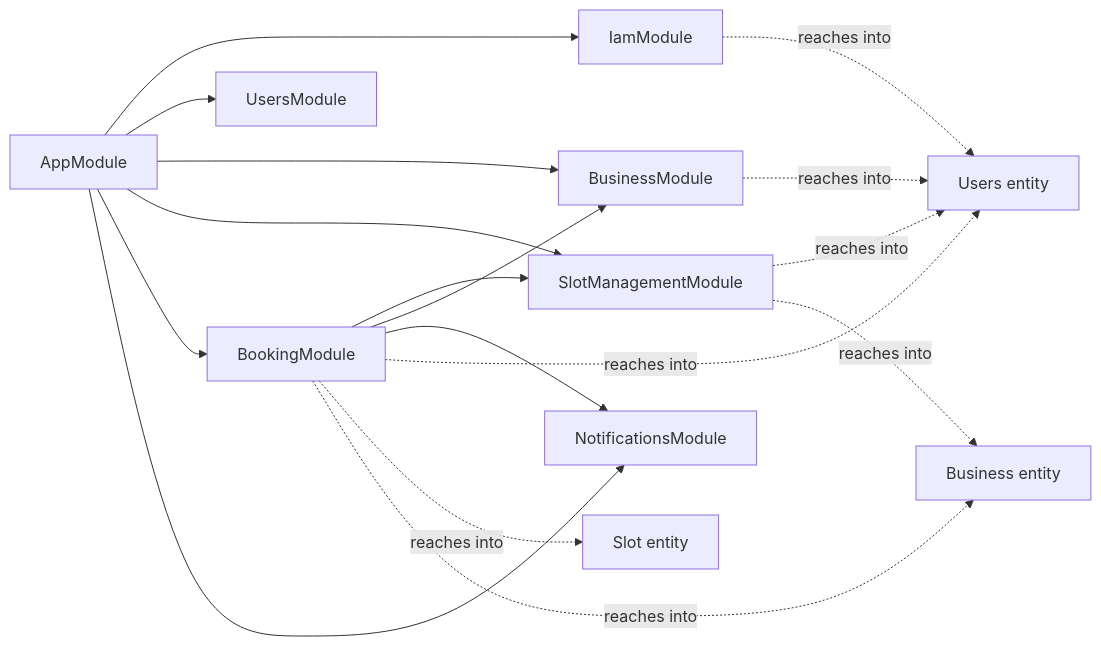
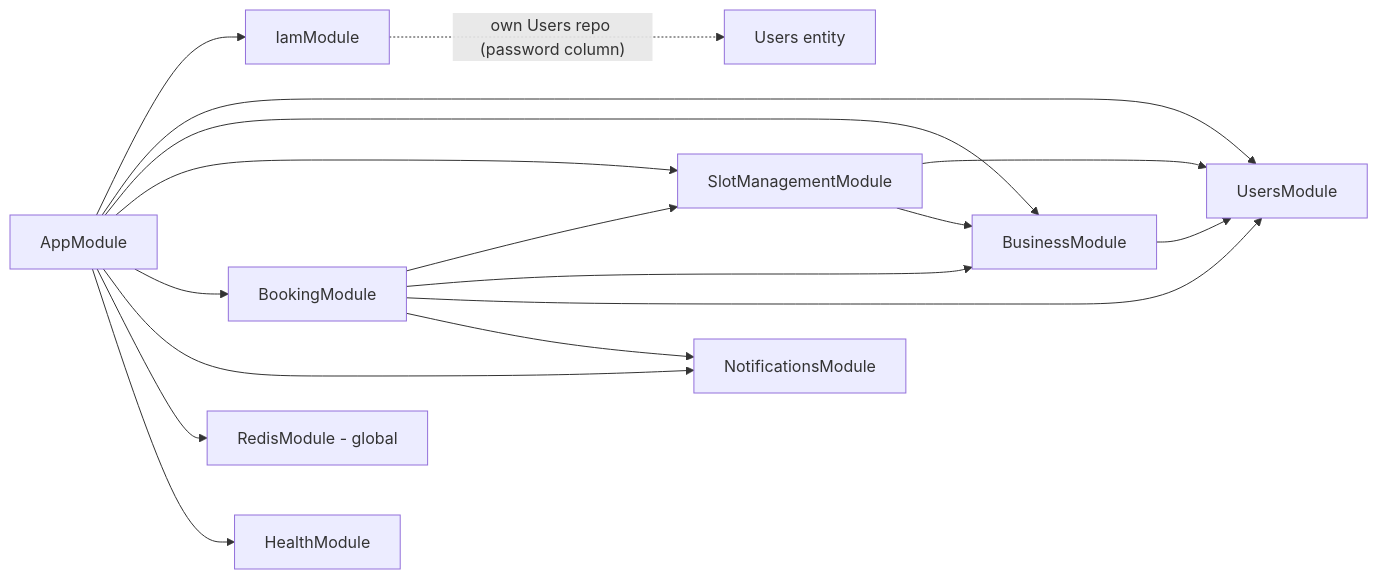
Before and after one commit to psytonik/smart-booking: the second of 4 diagrams in ARCHITECTURE.md, drawn with Mermaid. The commit also changed other lines of this file and 23 other files, not shown here.

First line of the commit message:
Enable strict TypeScript, rewrite ARCHITECTURE.md, finish cleanup items

````diff
--- a/ARCHITECTURE.md
+++ b/ARCHITECTURE.md
@@ -34,20 +33,20 @@
 ```mermaid
 graph LR
     App[AppModule] --> Iam[IamModule]
     App --> Users[UsersModule]
     App --> Business[BusinessModule]
-    App --> SlotMgmt[SlotManagementModule]
+    App --> Slots[SlotManagementModule]
     App --> Booking[BookingModule]
     App --> Notif[NotificationsModule]
+    App --> Redis[RedisModule - global]
+    App --> Health[HealthModule]
 
-    Booking --> SlotMgmt
+    Business --> Users
+    Slots --> Users
+    Slots --> Business
+    Booking --> Slots
     Booking --> Business
+    Booking --> Users
     Booking --> Notif
-    Booking -. "reaches into" .-> UsersEntity[Users entity]
-    Booking -. "reaches into" .-> SlotEntity[Slot entity]
-    Booking -. "reaches into" .-> BusinessEntity[Business entity]
-    SlotMgmt -. "reaches into" .-> UsersEntity
-    SlotMgmt -. "reaches into" .-> BusinessEntity
-    Business -. "reaches into" .-> UsersEntity
-    Iam -. "reaches into" .-> UsersEntity
+    Iam -. "own Users repo (password column)" .-> UsersEntity[Users entity]
 ```
````
